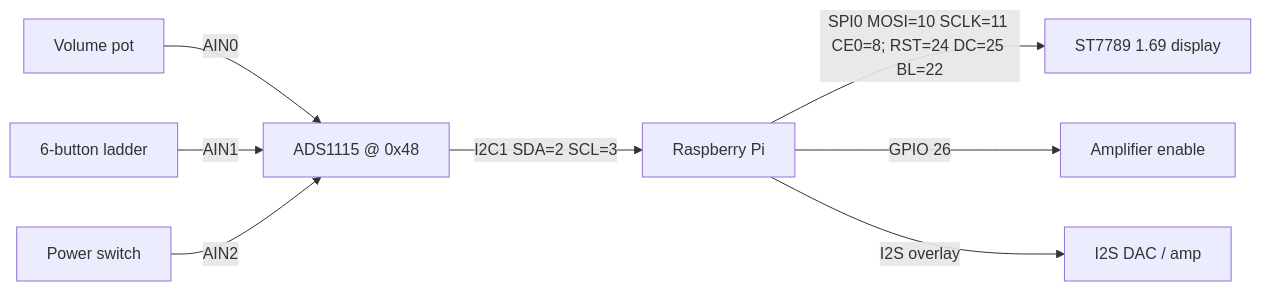
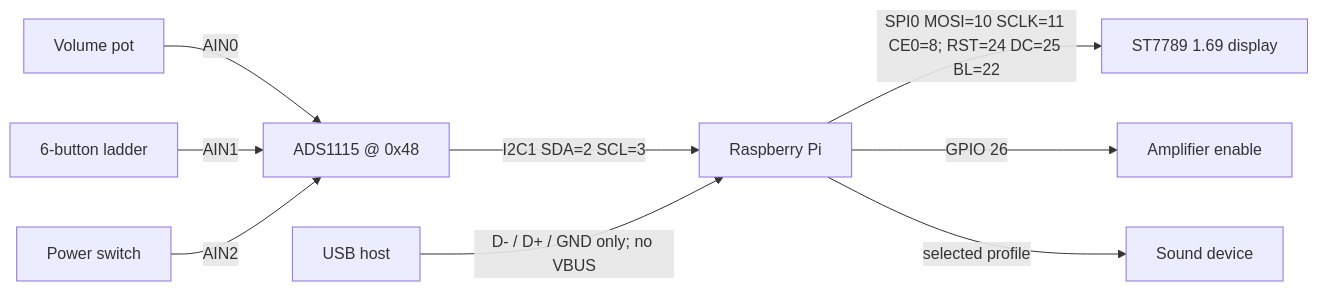
The diagram in doc/hardware.md (thk4711/raspberry-kitchen-radio), drawn with Mermaid before and after one commit. The commit also changed other lines of this file and 216 other files, not shown here.

````diff
--- a/doc/hardware.md
+++ b/doc/hardware.md
@@ -50,10 +60,11 @@
 ```mermaid
 graph LR
     POT[Volume pot] -->|AIN0| ADS[ADS1115 @ 0x48]
     BTN[6-button ladder] -->|AIN1| ADS
     SW[Power switch] -->|AIN2| ADS
     ADS -->|I2C1 SDA=2 SCL=3| PI[Raspberry Pi]
     PI -->|SPI0 MOSI=10 SCLK=11 CE0=8; RST=24 DC=25 BL=22| LCD[ST7789 1.69 display]
     PI -->|GPIO 26| AMP[Amplifier enable]
-    PI -->|I2S overlay| DAC[I2S DAC / amp]
+    PI -->|selected profile| DAC[Sound device]
+    HOST[USB host] -->|D- / D+ / GND only; no VBUS| PI
 ```
````
